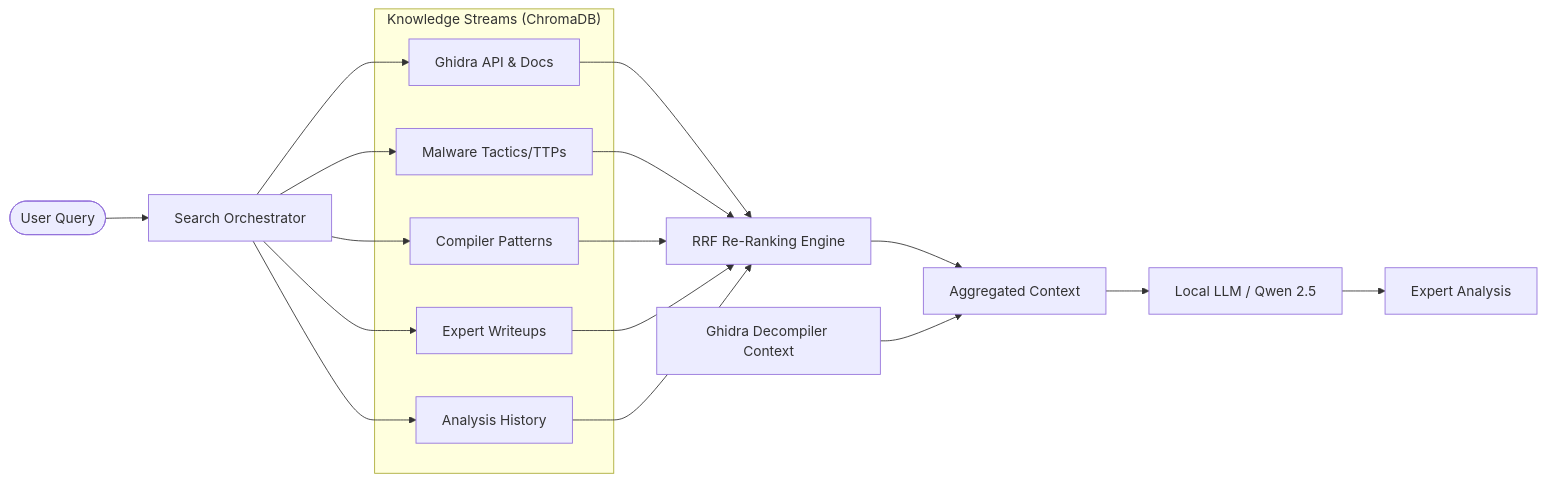
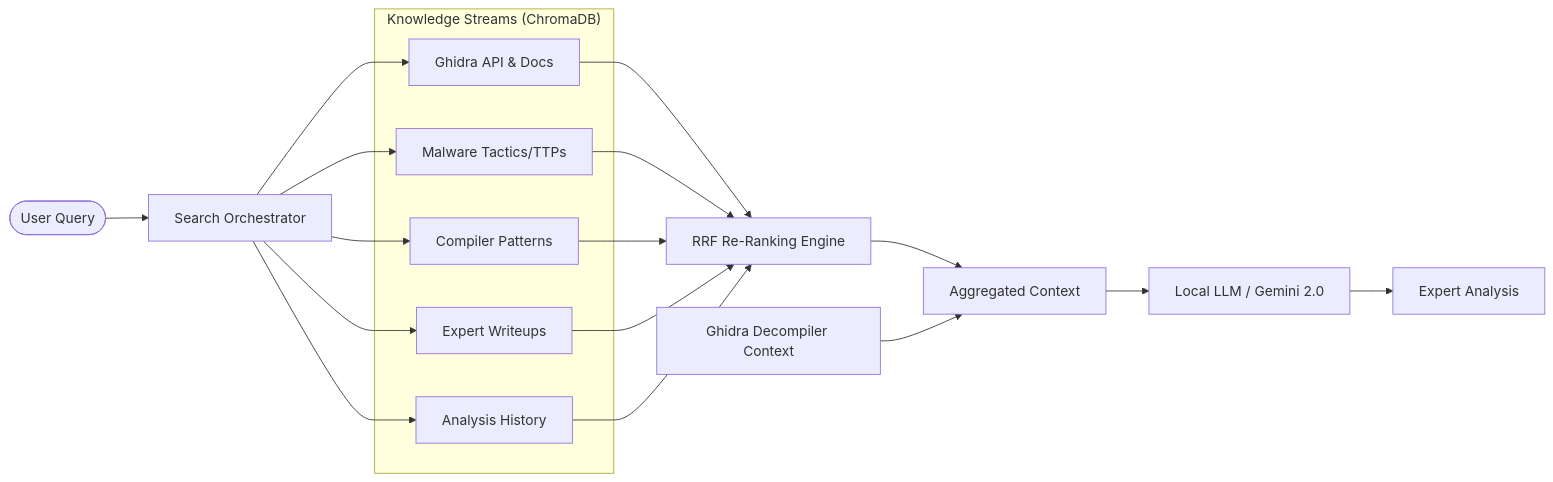
One commit to Sagz9000/re_brain changed the second of 2 diagrams in README.md. Above: the diagram before and after it, drawn with Mermaid. The commit also changed other lines of this file and 18 other files, not shown here.

````diff
--- a/README.md
+++ b/README.md
@@ -83,29 +85,29 @@
 ```mermaid
 graph LR
     Query([User Query]) --> Search[Search Orchestrator]
     
     subgraph "Knowledge Streams (ChromaDB)"
         Docs[Ghidra API & Docs]
         Tactics[Malware Tactics/TTPs]
         Patterns[Compiler Patterns]
         Expert[Expert Writeups]
         History[Analysis History]
     end
 
     Search --> Docs
     Search --> Tactics
     Search --> Patterns
     Search --> Expert
     Search --> History
 
     Docs --> RRF[RRF Re-Ranking Engine]
     Tactics --> RRF
     Patterns --> RRF
     Expert --> RRF
     History --> RRF
 
     RRF --> Context[Aggregated Context]
     Decompiler[Ghidra Decompiler Context] --> Context
-    Context --> LLM[Local LLM / Qwen 2.5]
+    Context --> LLM[Local LLM / Gemini 2.0]
     LLM --> Response[Expert Analysis]
 ```
````
